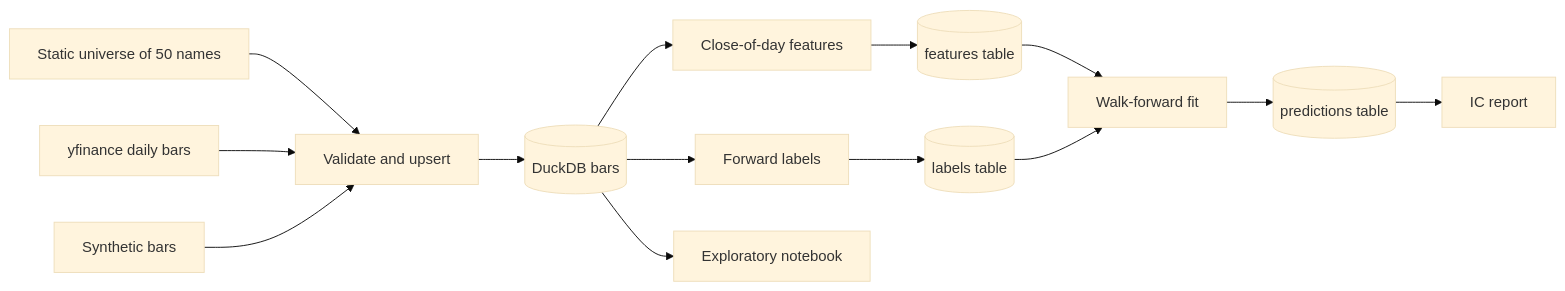
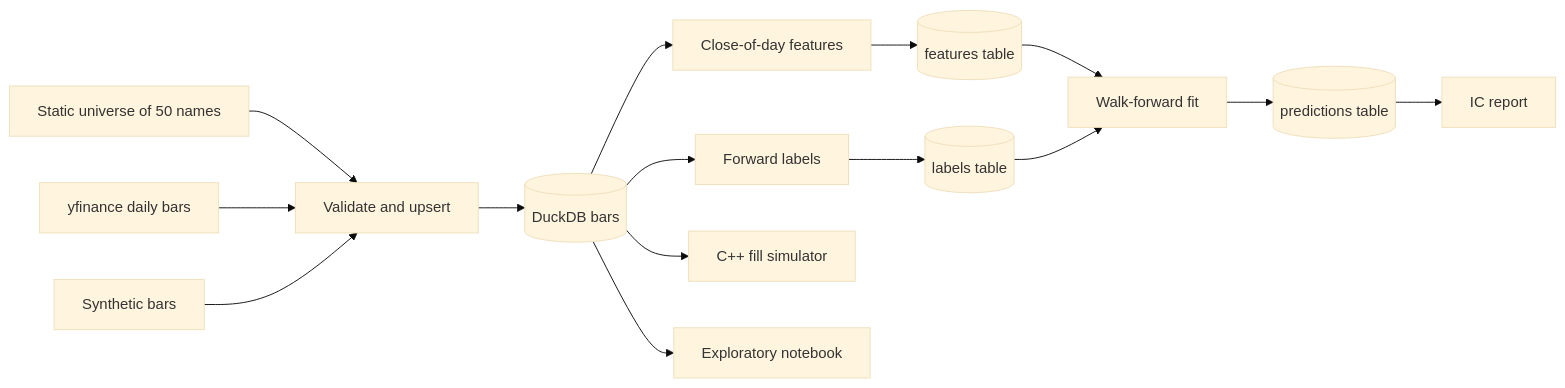
The diagram in docs/DESIGN_DECISIONS.md (julianthant/driftwood), drawn with Mermaid (base theme) before and after one commit. The commit also changed other lines of this file and 2 other files, not shown here.

````diff
--- a/docs/DESIGN_DECISIONS.md
+++ b/docs/DESIGN_DECISIONS.md
@@ -22,30 +22,32 @@
 ```mermaid
 flowchart LR
   universe[Static universe of 50 names]
   yfinance[yfinance daily bars]
   synthetic[Synthetic bars]
   ingest[Validate and upsert]
   bars[(DuckDB bars)]
   featfn[Close-of-day features]
   labelfn[Forward labels]
   features[(features table)]
   labels[(labels table)]
   train[Walk-forward fit]
   predictions[(predictions table)]
   report[IC report]
+  sim[C++ fill simulator]
   notebook[Exploratory notebook]
 
   universe --> ingest
   yfinance --> ingest
   synthetic --> ingest
   ingest --> bars
   bars --> featfn
   bars --> labelfn
   featfn --> features
   labelfn --> labels
   features --> train
   labels --> train
   train --> predictions
   predictions --> report
+  bars --> sim
   bars --> notebook
 ```
````
